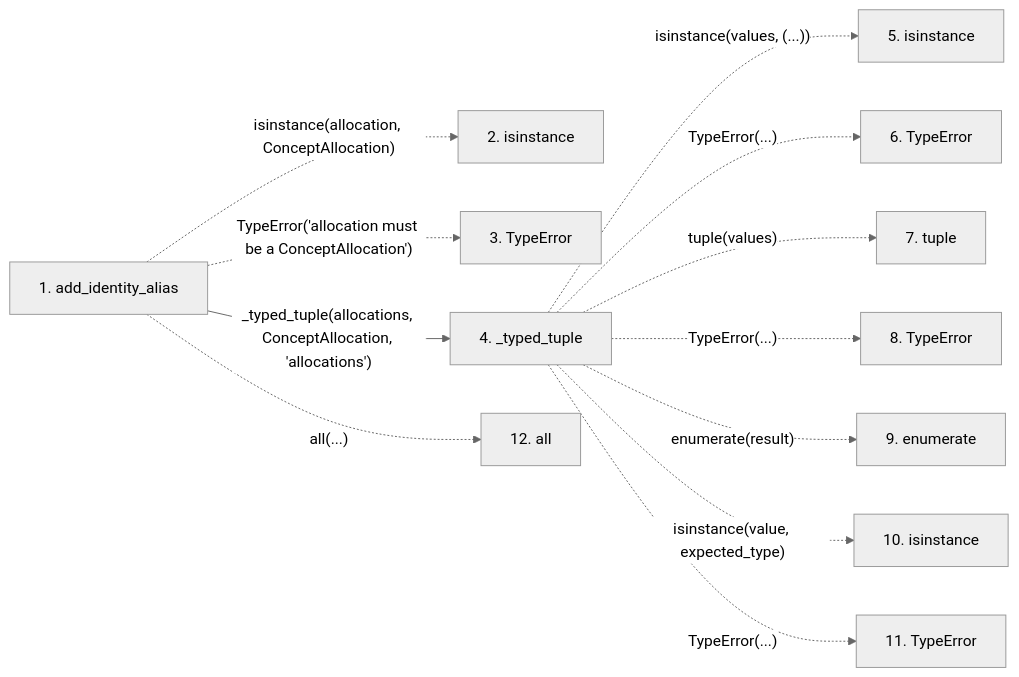
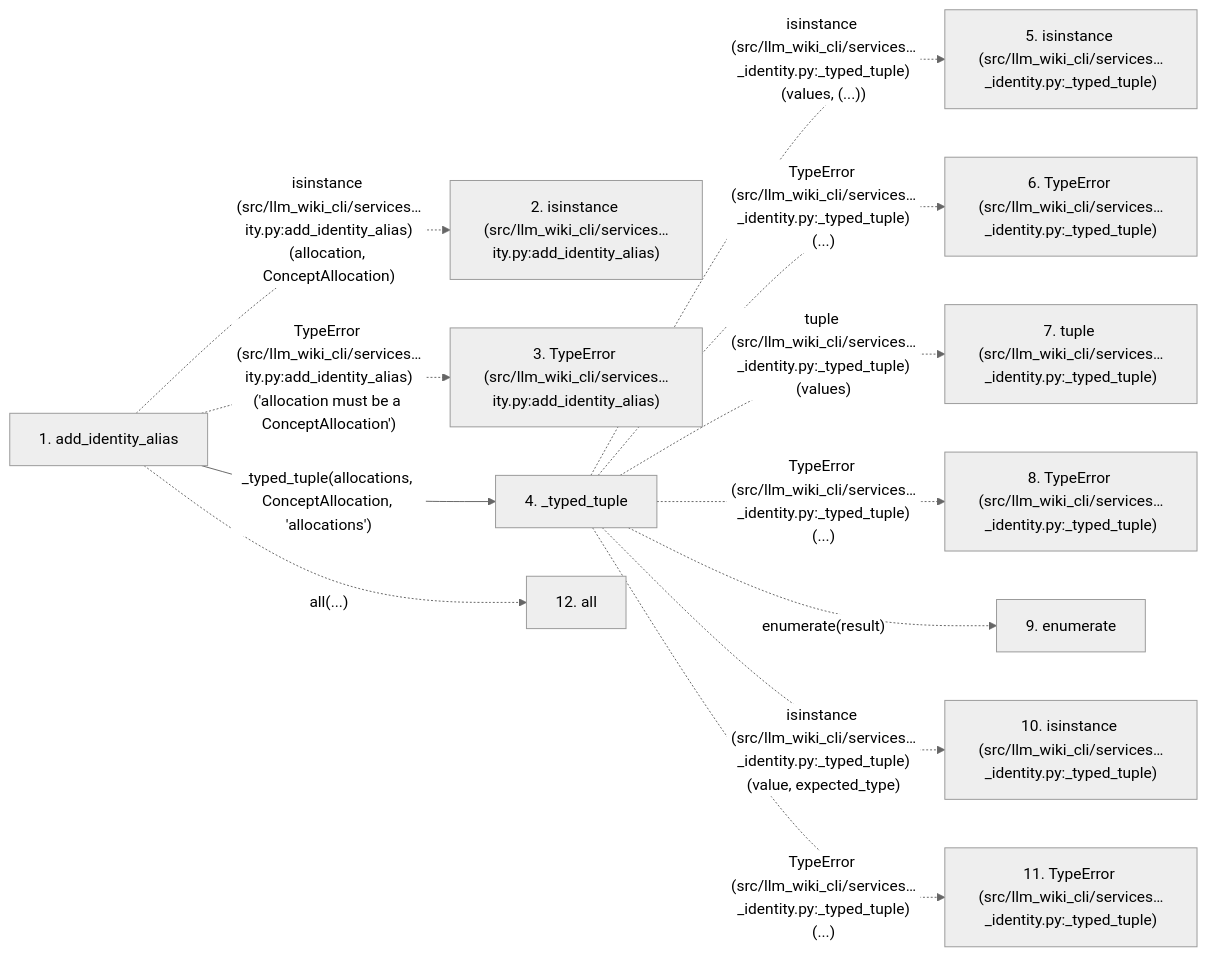
The second of 2 diagrams in docs/llm_wiki/flows/api-add_identity_alias.md (Denissvgn/python-wiki-llm), drawn with Mermaid (neutral theme) before and after one commit. The commit also changed other lines of this file and 719 other files, not shown here.

````diff
--- a/docs/llm_wiki/flows/api-add_identity_alias.md
+++ b/docs/llm_wiki/flows/api-add_identity_alias.md
@@ -67,28 +72,28 @@
 ```mermaid
 flowchart LR
     s1["1. add_identity_alias"]
-    s2["2. isinstance"]
-    s3["3. TypeError"]
+    s2["2. isinstance (src/llm_wiki_cli/services…ity.py:add_identity_alias)"]
+    s3["3. TypeError (src/llm_wiki_cli/services…ity.py:add_identity_alias)"]
     s4["4. _typed_tuple"]
-    s5["5. isinstance"]
-    s6["6. TypeError"]
-    s7["7. tuple"]
-    s8["8. TypeError"]
+    s5["5. isinstance (src/llm_wiki_cli/services…_identity.py:_typed_tuple)"]
+    s6["6. TypeError (src/llm_wiki_cli/services…_identity.py:_typed_tuple)"]
+    s7["7. tuple (src/llm_wiki_cli/services…_identity.py:_typed_tuple)"]
+    s8["8. TypeError (src/llm_wiki_cli/services…_identity.py:_typed_tuple)"]
     s9["9. enumerate"]
-    s10["10. isinstance"]
-    s11["11. TypeError"]
+    s10["10. isinstance (src/llm_wiki_cli/services…_identity.py:_typed_tuple)"]
+    s11["11. TypeError (src/llm_wiki_cli/services…_identity.py:_typed_tuple)"]
     s12["12. all"]
-    s1 -. "isinstance(allocation, ConceptAllocation)" .-> s2
-    s1 -. "TypeError('allocation must be a ConceptAllocation')" .-> s3
+    s1 -. "isinstance (src/llm_wiki_cli/services…ity.py:add_identity_alias)(allocation, ConceptAllocation)" .-> s2
+    s1 -. "TypeError (src/llm_wiki_cli/services…ity.py:add_identity_alias)('allocation must be a ConceptAllocation')" .-> s3
     s1 -->|"_typed_tuple(allocations, ConceptAllocation, 'allocations')"| s4
-    s4 -. "isinstance(values, (...))" .-> s5
-    s4 -. "TypeError(...)" .-> s6
-    s4 -. "tuple(values)" .-> s7
-    s4 -. "TypeError(...)" .-> s8
+    s4 -. "isinstance (src/llm_wiki_cli/services…_identity.py:_typed_tuple)(values, (...))" .-> s5
+    s4 -. "TypeError (src/llm_wiki_cli/services…_identity.py:_typed_tuple)(...)" .-> s6
+    s4 -. "tuple (src/llm_wiki_cli/services…_identity.py:_typed_tuple)(values)" .-> s7
+    s4 -. "TypeError (src/llm_wiki_cli/services…_identity.py:_typed_tuple)(...)" .-> s8
     s4 -. "enumerate(result)" .-> s9
-    s4 -. "isinstance(value, expected_type)" .-> s10
-    s4 -. "TypeError(...)" .-> s11
+    s4 -. "isinstance (src/llm_wiki_cli/services…_identity.py:_typed_tuple)(value, expected_type)" .-> s10
+    s4 -. "TypeError (src/llm_wiki_cli/services…_identity.py:_typed_tuple)(...)" .-> s11
     s1 -. "all(...)" .-> s12
     click s1 "../modules/concept_identity.md"
     click s4 "../modules/concept_identity.md"
 ```
````
